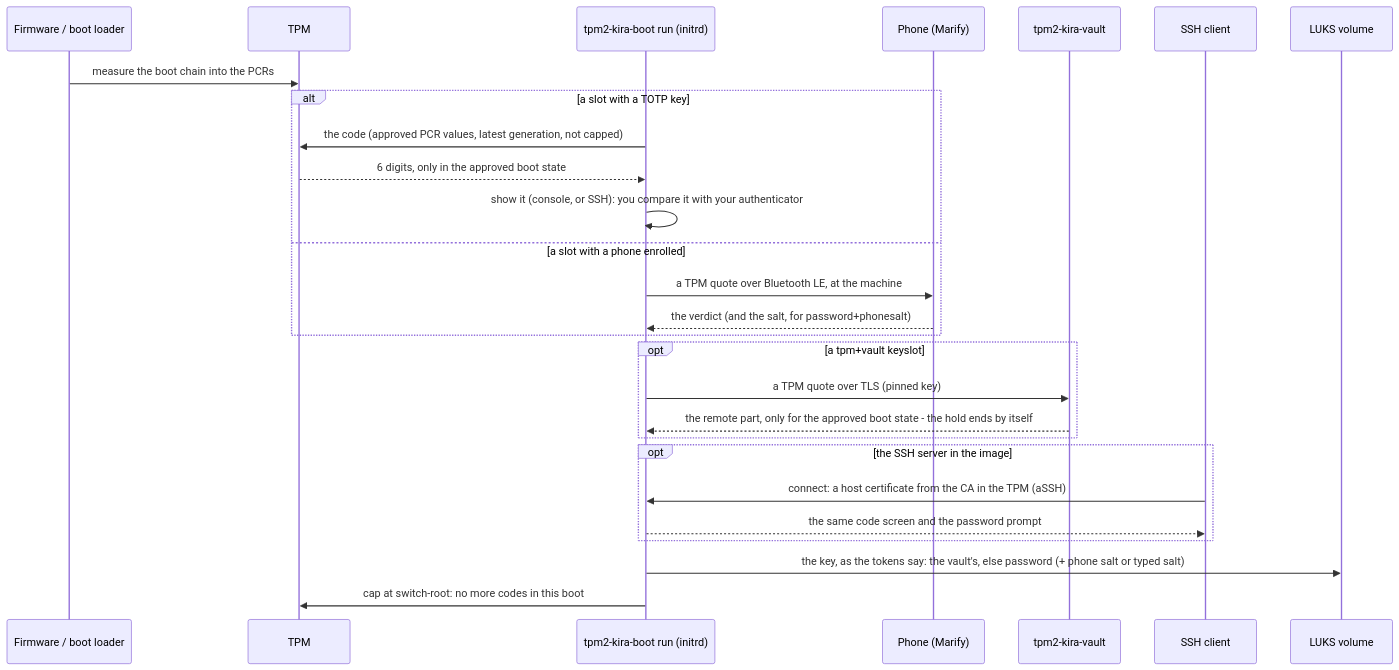
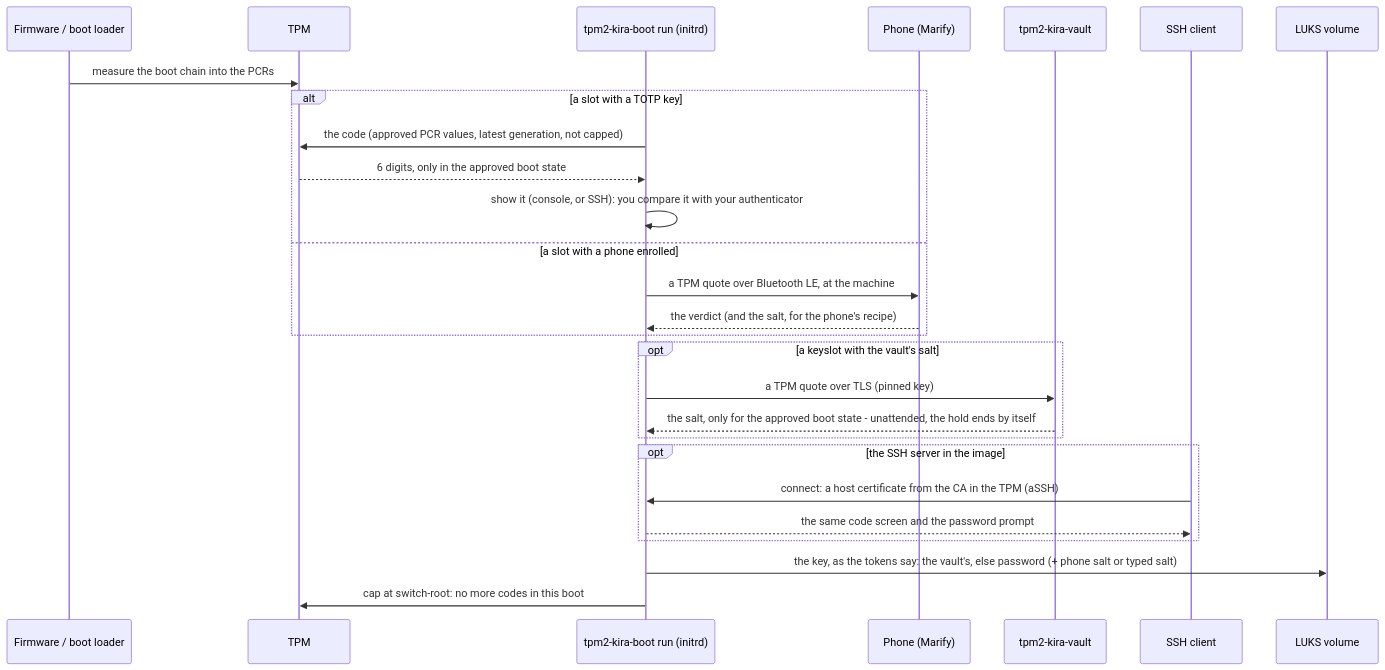
One commit to mrwiora/tpm2-kira changed the second of 2 diagrams in README.md. Above: the diagram before and after it, drawn with Mermaid. The commit also changed other lines of this file and 18 other files, not shown here.

````diff
--- a/README.md
+++ b/README.md
@@ -502,29 +502,29 @@
 ```mermaid
 sequenceDiagram
   participant FW as Firmware / boot loader
   participant TPM
   participant K as tpm2-kira-boot run (initrd)
   participant P as Phone (Marify)
   participant V as tpm2-kira-vault
   participant S as SSH client
   participant D as LUKS volume
   FW->>TPM: measure the boot chain into the PCRs
   alt a slot with a TOTP key
     K->>TPM: the code (approved PCR values, latest generation, not capped)
     TPM-->>K: 6 digits, only in the approved boot state
     K->>K: show it (console, or SSH): you compare it with your authenticator
   else a slot with a phone enrolled
     K->>P: a TPM quote over Bluetooth LE, at the machine
-    P-->>K: the verdict (and the salt, for password+phonesalt)
+    P-->>K: the verdict (and the salt, for the phone's recipe)
   end
-  opt a tpm+vault keyslot
+  opt a keyslot with the vault's salt
     K->>V: a TPM quote over TLS (pinned key)
-    V-->>K: the remote part, only for the approved boot state - the hold ends by itself
+    V-->>K: the salt, only for the approved boot state - unattended, the hold ends by itself
   end
   opt the SSH server in the image
     S->>K: connect: a host certificate from the CA in the TPM (aSSH)
     K-->>S: the same code screen and the password prompt
   end
   K->>D: the key, as the tokens say: the vault's, else password (+ phone salt or typed salt)
   K->>TPM: cap at switch-root: no more codes in this boot
 ```
````
